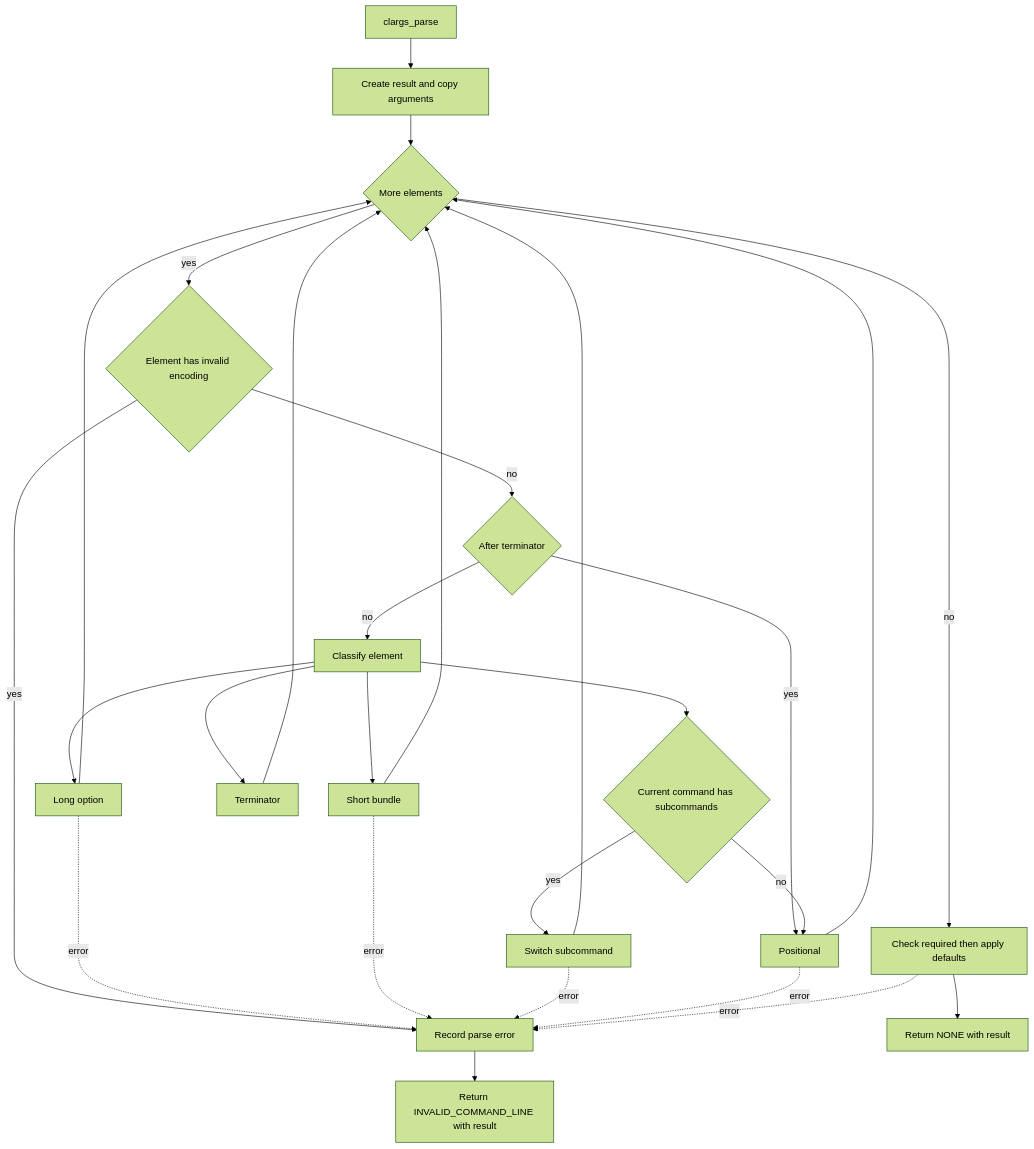
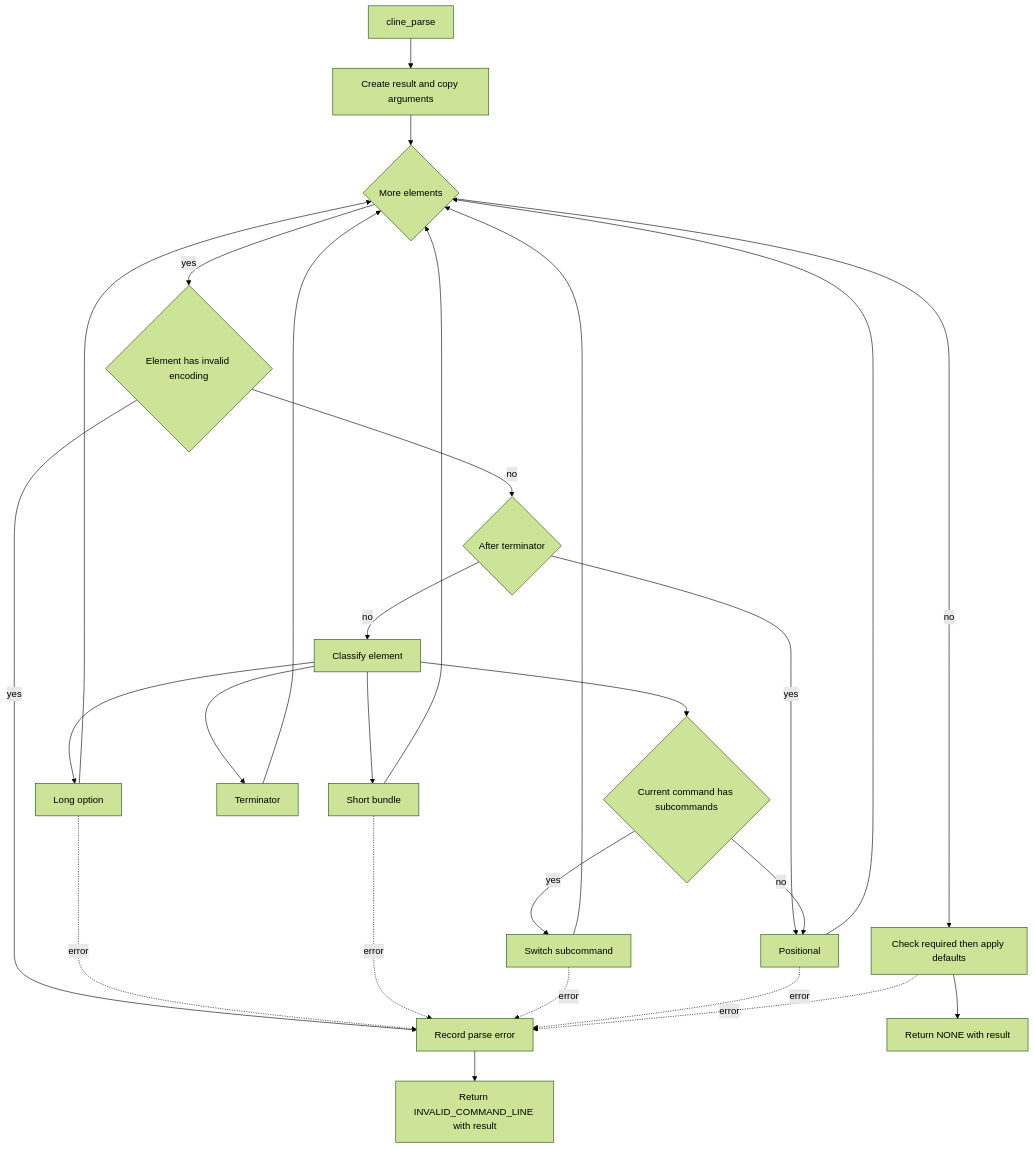
The second of 2 diagrams in .kiro/specs/argv-parser/design.md (ktdevx/cargs), drawn with Mermaid (forest theme) before and after one commit. The commit also changed other lines of this file and 177 other files, not shown here.

First line of the commit message:
Rename project from CLArgs to CLine

````diff
--- a/.kiro/specs/argv-parser/design.md
+++ b/.kiro/specs/argv-parser/design.md
@@ -236,29 +236,29 @@
 ```mermaid
 flowchart TD
-    Start[clargs_parse] --> Create[Create result and copy arguments]
+    Start[cline_parse] --> Create[Create result and copy arguments]
     Create --> Next{More elements}
     Next -- yes --> Bad{Element has invalid encoding}
     Bad -- yes --> Fail[Record parse error]
     Bad -- no --> Ended{After terminator}
     Ended -- yes --> Pos[Positional]
     Ended -- no --> Classify[Classify element]
     Classify --> Long[Long option]
     Classify --> Short[Short bundle]
     Classify --> Term[Terminator]
     Classify --> Plain{Current command has subcommands}
     Plain -- yes --> Sub[Switch subcommand]
     Plain -- no --> Pos
     Long --> Next
     Short --> Next
     Term --> Next
     Sub --> Next
     Pos --> Next
     Next -- no --> Resolve[Check required then apply defaults]
     Resolve --> Ok[Return NONE with result]
     Long -. error .-> Fail
     Short -. error .-> Fail
     Sub -. error .-> Fail
     Pos -. error .-> Fail
     Resolve -. error .-> Fail
     Fail --> Bad2[Return INVALID_COMMAND_LINE with result]
 ```
````
